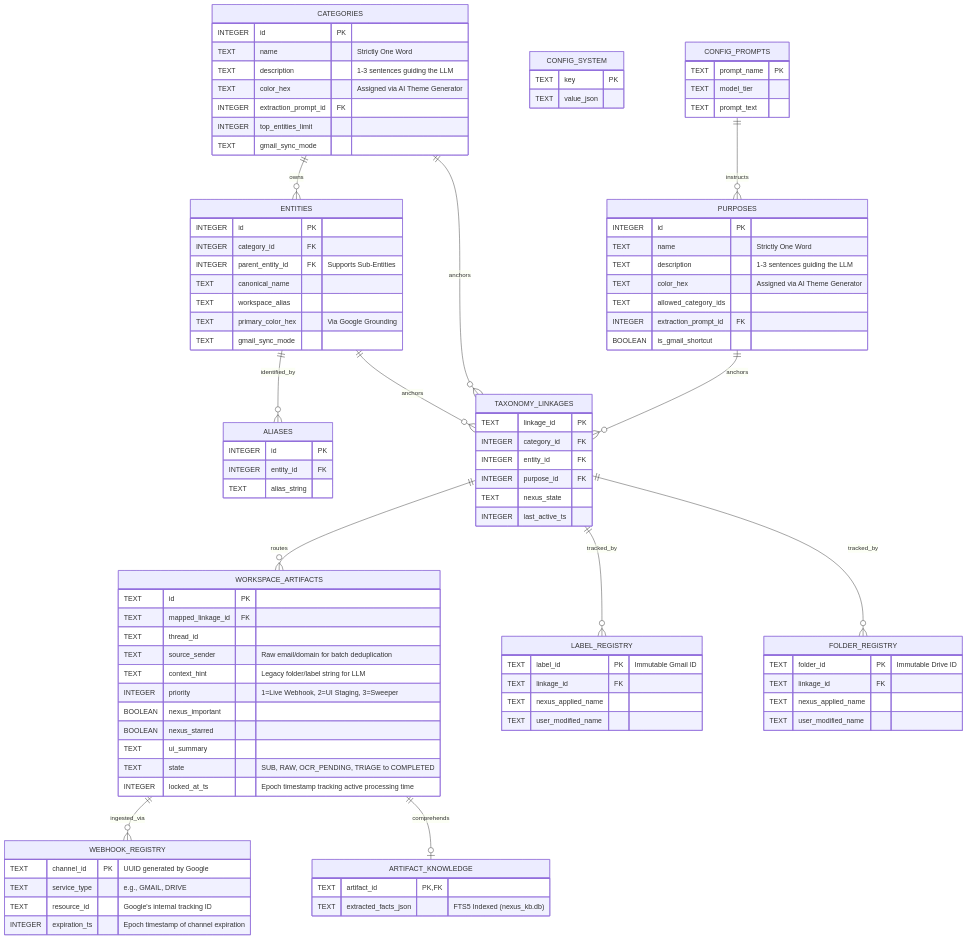
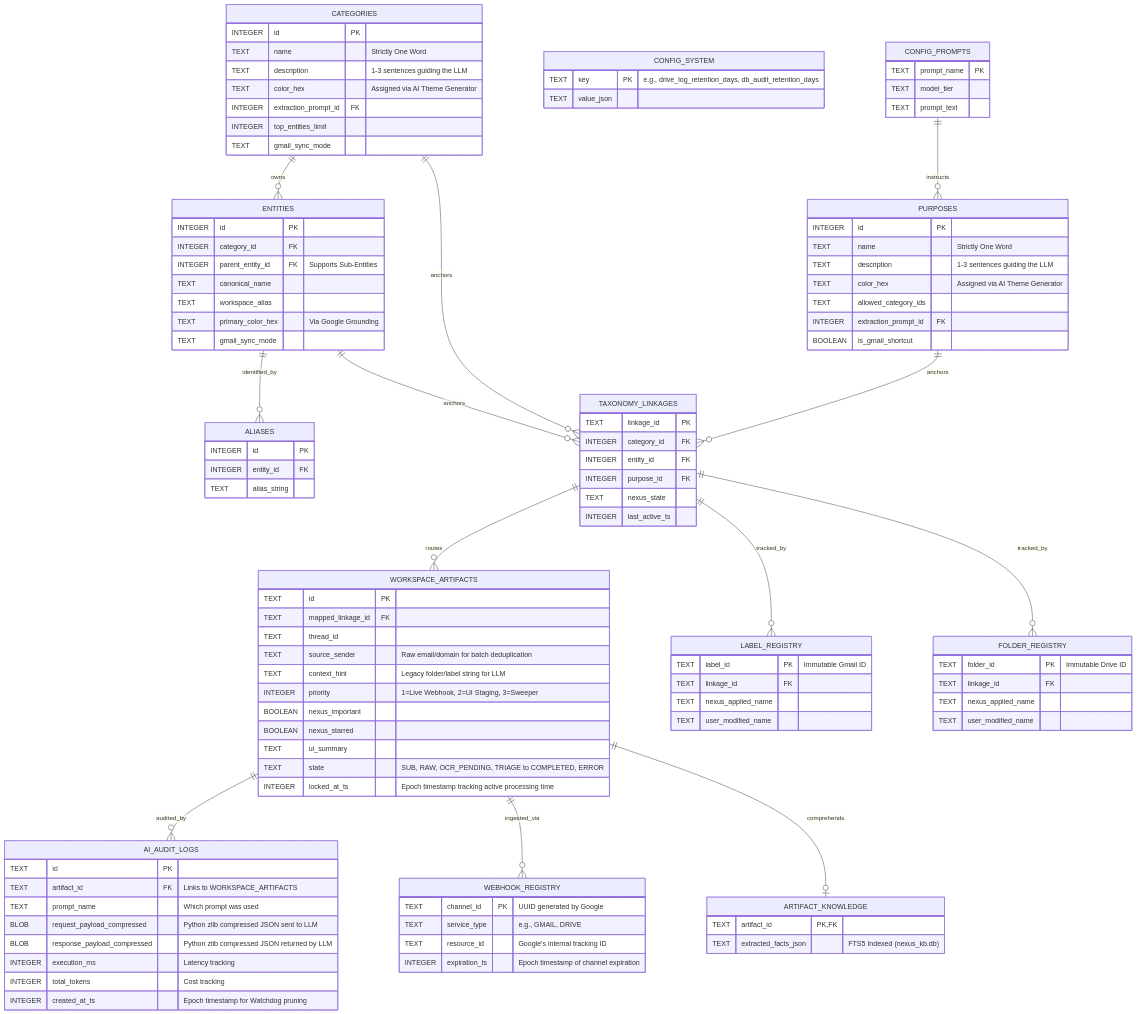
One commit to FrankXLT/Nexus-for-Google changed the diagram in arch_docs/02_DATA_ONTOLOGY.md. Above: the diagram before and after it, drawn with Mermaid. The commit also changed 5 other files, not shown here.

```diff
--- a/arch_docs/02_DATA_ONTOLOGY.md
+++ b/arch_docs/02_DATA_ONTOLOGY.md
@@ -36,7 +36,7 @@
         TEXT prompt_text ""
     }
     CONFIG_SYSTEM {
-        TEXT key PK ""
+        TEXT key PK "e.g., drive_log_retention_days, db_audit_retention_days"
         TEXT value_json ""
     }
     CATEGORIES {
@@ -101,7 +101,7 @@
         BOOLEAN nexus_important ""
         BOOLEAN nexus_starred ""
         TEXT ui_summary ""
-        TEXT state "SUB, RAW, OCR_PENDING, TRIAGE to COMPLETED"
+        TEXT state "SUB, RAW, OCR_PENDING, TRIAGE to COMPLETED, ERROR"
         INTEGER locked_at_ts "Epoch timestamp tracking active processing time"
     }
     ARTIFACT_KNOWLEDGE {
@@ -114,7 +114,18 @@
         TEXT resource_id "Google's internal tracking ID"
         INTEGER expiration_ts "Epoch timestamp of channel expiration"
     }
+    AI_AUDIT_LOGS {
+        TEXT id PK ""
+        TEXT artifact_id FK "Links to WORKSPACE_ARTIFACTS"
+        TEXT prompt_name "Which prompt was used"
+        BLOB request_payload_compressed "Python zlib compressed JSON sent to LLM"
+        BLOB response_payload_compressed "Python zlib compressed JSON returned by LLM"
+        INTEGER execution_ms "Latency tracking"
+        INTEGER total_tokens "Cost tracking"
+        INTEGER created_at_ts "Epoch timestamp for Watchdog pruning"
+    }
 
+    WORKSPACE_ARTIFACTS ||--o{ AI_AUDIT_LOGS : "audited_by"
     WORKSPACE_ARTIFACTS ||--o{ WEBHOOK_REGISTRY : "ingested_via"
     CONFIG_PROMPTS ||--o{ PURPOSES : "instructs"
     CATEGORIES ||--o{ ENTITIES : "owns"
```
